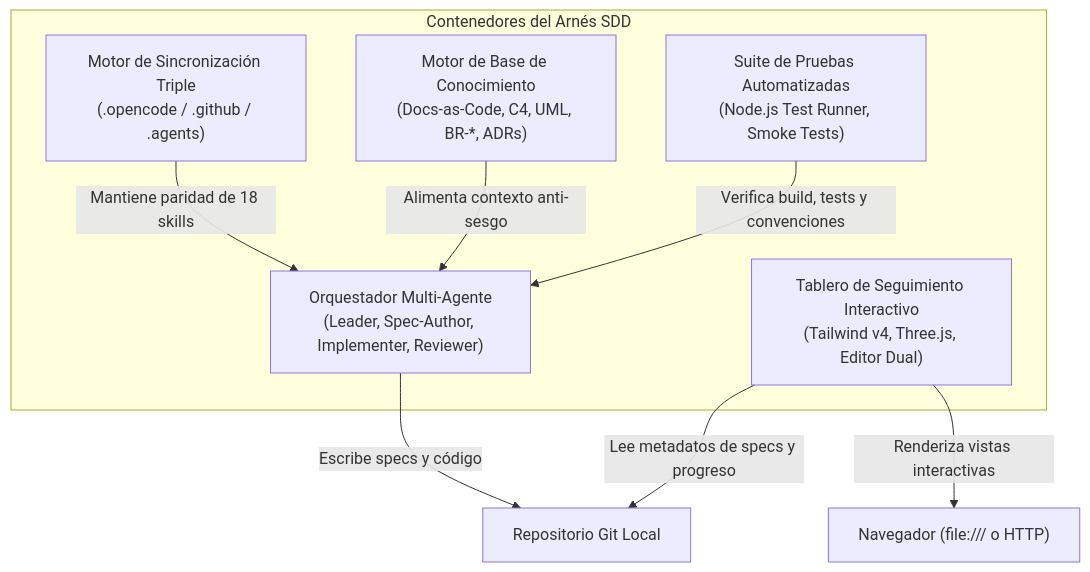
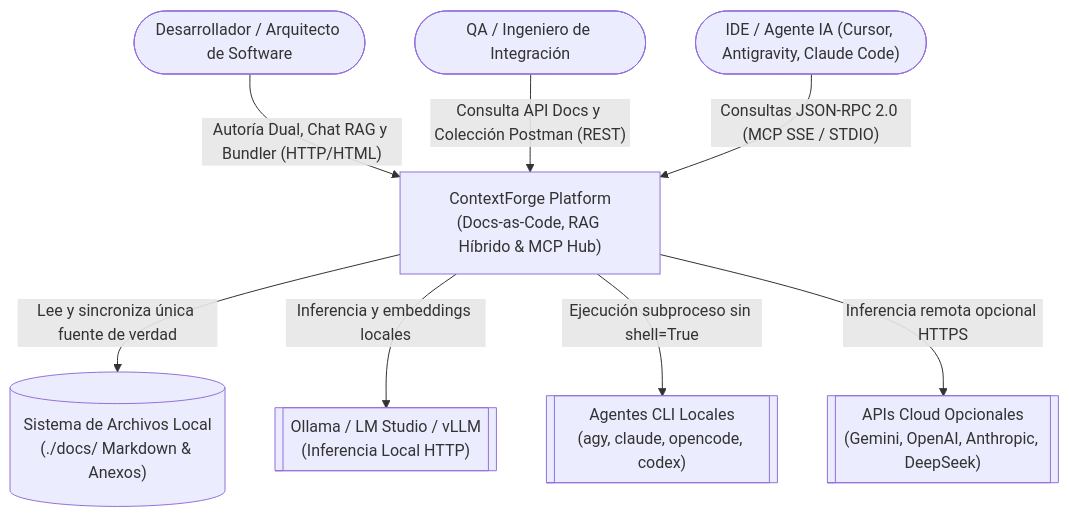
One commit to Nayid4/ContextForge changed the first of 4 diagrams in project-docs/knowledge/c4-model.md. Above: the diagram before and after it, drawn with Mermaid. The commit also changed other lines of this file and 708 other files, not shown here.

````diff
--- a/project-docs/knowledge/c4-model.md
+++ b/project-docs/knowledge/c4-model.md
@@ -50,20 +30,21 @@
 ```mermaid
 flowchart TD
-  subgraph HarnessContainers["Contenedores del Arnés SDD"]
-    containerOrchestrator["Orquestador Multi-Agente<br/>(Leader, Spec-Author, Implementer, Reviewer)"]
-    containerTripleSync["Motor de Sincronización Triple<br/>(.opencode / .github / .agents)"]
-    containerKnowledge["Motor de Base de Conocimiento<br/>(Docs-as-Code, C4, UML, BR-*, ADRs)"]
-    containerDashboard["Tablero de Seguimiento Interactivo<br/>(Tailwind v4, Three.js, Editor Dual)"]
-    containerTestRunner["Suite de Pruebas Automatizadas<br/>(Node.js Test Runner, Smoke Tests)"]
-  end
+  actorDev(["Desarrollador / Arquitecto de Software"])
+  actorQa(["QA / Ingeniero de Integración"])
+  actorIde(["IDE / Agente IA (Cursor, Antigravity, Claude Code)"])
 
-  gitRepo["Repositorio Git Local"]
-  userView["Navegador (file:/// o HTTP)"]
+  sysContextForge["ContextForge Platform<br/>(Docs-as-Code, RAG Híbrido & MCP Hub)"]
 
-  containerOrchestrator -->|"Escribe specs y código"| gitRepo
-  containerTripleSync -->|"Mantiene paridad de 18 skills"| containerOrchestrator
-  containerKnowledge -->|"Alimenta contexto anti-sesgo"| containerOrchestrator
-  containerDashboard -->|"Lee metadatos de specs y progreso"| gitRepo
-  containerDashboard -->|"Renderiza vistas interactivas"| userView
-  containerTestRunner -->|"Verifica build, tests y convenciones"| containerOrchestrator
+  extOllama[["Ollama / LM Studio / vLLM<br/>(Inferencia Local HTTP)"]]
+  extCli[["Agentes CLI Locales<br/>(agy, claude, opencode, codex)"]]
+  extCloud[["APIs Cloud Opcionales<br/>(Gemini, OpenAI, Anthropic, DeepSeek)"]]
+  extFs[("Sistema de Archivos Local<br/>(./docs/ Markdown & Anexos)")]
+
+  actorDev -->|"Autoría Dual, Chat RAG y Bundler (HTTP/HTML)"| sysContextForge
+  actorQa -->|"Consulta API Docs y Colección Postman (REST)"| sysContextForge
+  actorIde -->|"Consultas JSON-RPC 2.0 (MCP SSE / STDIO)"| sysContextForge
+  sysContextForge -->|"Lee y sincroniza única fuente de verdad"| extFs
+  sysContextForge -->|"Inferencia y embeddings locales"| extOllama
+  sysContextForge -->|"Ejecución subproceso sin shell=True"| extCli
+  sysContextForge -->|"Inferencia remota opcional HTTPS"| extCloud
 ```
````
